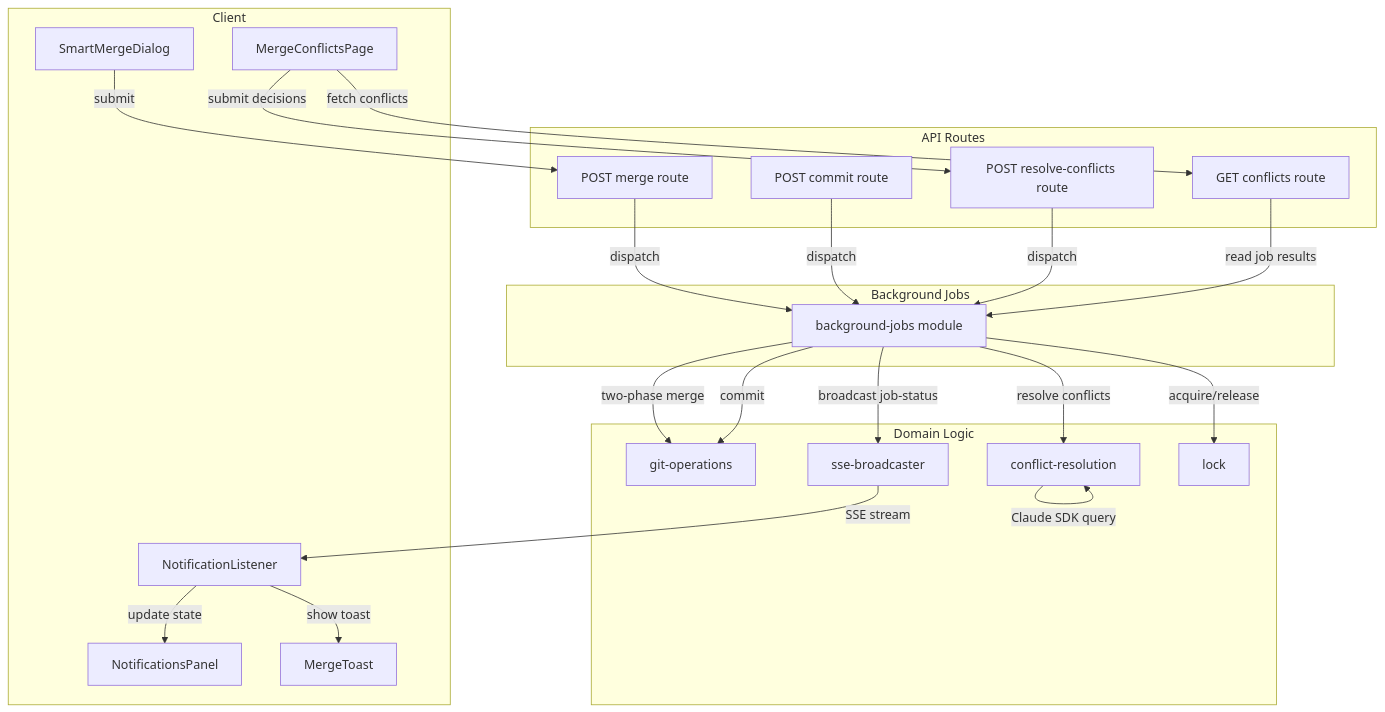
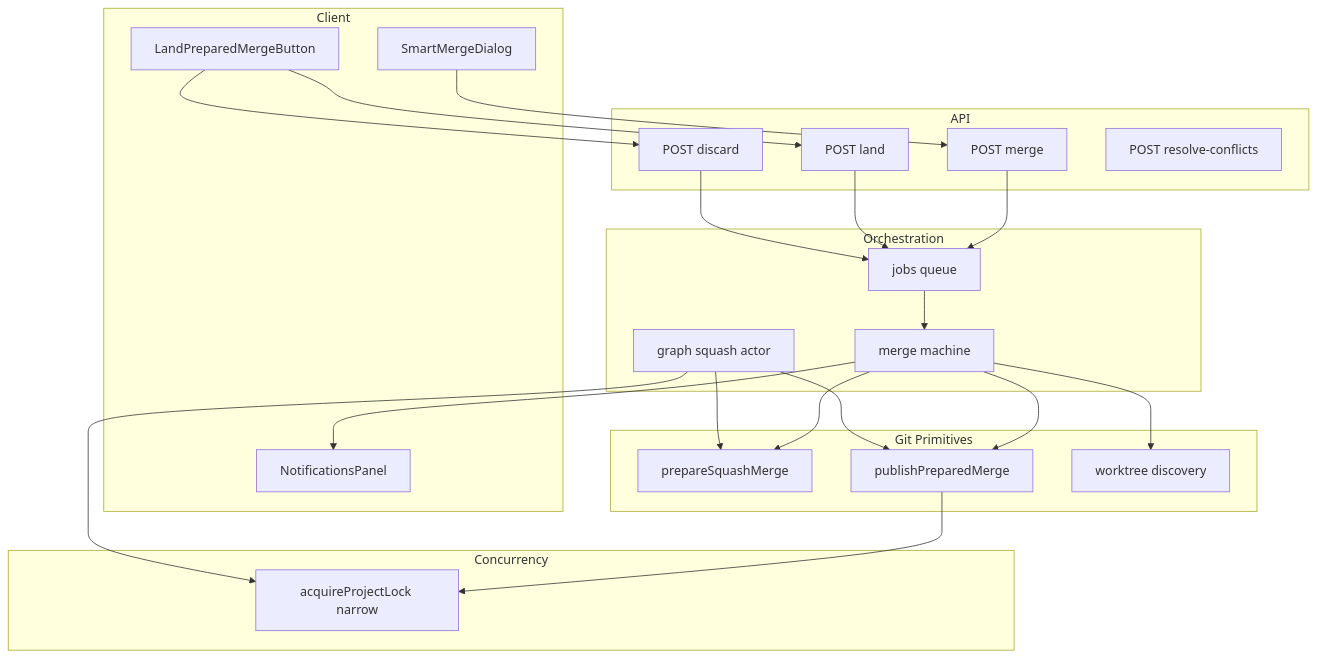
The first of 6 diagrams in .kiro/specs/smart-merge/design.md (amhuppert/remote-ai-manager), drawn with Mermaid before and after one commit. The commit also changed other lines of this file and 102 other files, not shown here.

````diff
--- a/.kiro/specs/smart-merge/design.md
+++ b/.kiro/specs/smart-merge/design.md
@@ -36,45 +45,47 @@
 ```mermaid
 graph TB
     subgraph Client
         SMD[SmartMergeDialog]
-        MCP[MergeConflictsPage]
+        LB[LandPreparedMergeButton]
         NP[NotificationsPanel]
-        MT[MergeToast]
-        NL[NotificationListener]
     end
 
-    subgraph API Routes
-        MR[POST merge route]
-        CR[POST commit route]
-        CRA[POST resolve-conflicts route]
-        CGA[GET conflicts route]
+    subgraph API
+        MR[POST merge]
+        LR[POST land]
+        DR[POST discard]
+        CR[POST resolve-conflicts]
     end
 
-    subgraph Background Jobs
-        BJ[background-jobs module]
+    subgraph Orchestration
+        Queue[jobs queue]
+        Machine[merge machine]
+        GraphActor[graph squash actor]
     end
 
-    subgraph Domain Logic
-        GO[git-operations]
-        CRes[conflict-resolution]
-        SSE[sse-broadcaster]
-        LK[lock]
+    subgraph Git Primitives
+        Prep[prepareSquashMerge]
+        Pub[publishPreparedMerge]
+        WTops[worktree discovery]
     end
 
-    SMD -->|submit| MR
-    MR -->|dispatch| BJ
-    CR -->|dispatch| BJ
-    CRA -->|dispatch| BJ
-    BJ -->|acquire/release| LK
-    BJ -->|two-phase merge| GO
-    BJ -->|commit| GO
-    BJ -->|resolve conflicts| CRes
-    CRes -->|Claude SDK query| CRes
-    BJ -->|broadcast job-status| SSE
-    SSE -->|SSE stream| NL
-    NL -->|update state| NP
-    NL -->|show toast| MT
-    CGA -->|read job results| BJ
-    MCP -->|fetch conflicts| CGA
-    MCP -->|submit decisions| CRA
+    subgraph Concurrency
+        PLock[acquireProjectLock narrow]
+    end
+
+    SMD --> MR
+    LB --> LR
+    LB --> DR
+    MR --> Queue
+    LR --> Queue
+    DR --> Queue
+    Queue --> Machine
+    Machine --> Prep
+    Machine --> Pub
+    Machine --> WTops
+    Pub --> PLock
+    GraphActor --> Prep
+    GraphActor --> Pub
+    GraphActor --> PLock
+    Machine --> NP
 ```
````
